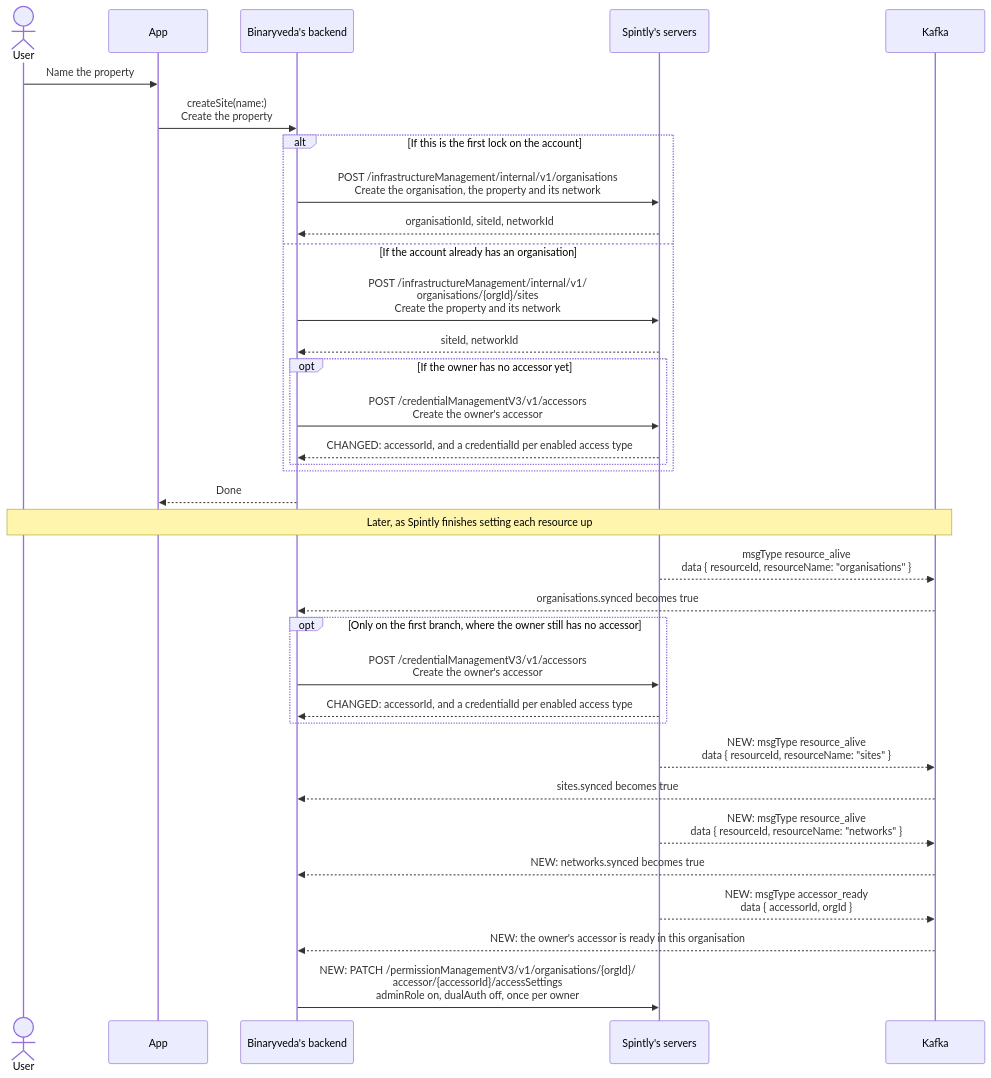
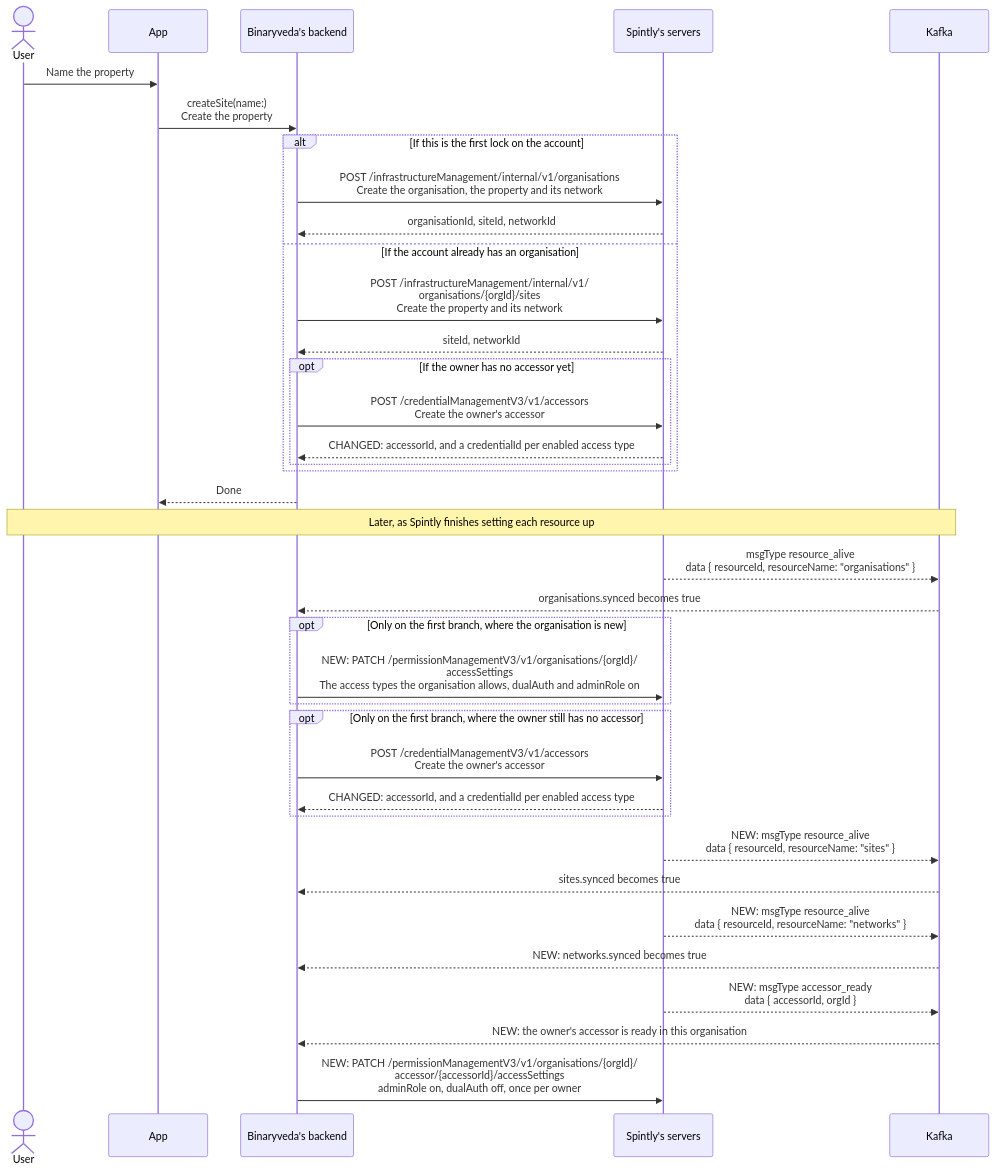
One commit to spintly-integrations-support/godrej-software-guide changed the second of 9 diagrams in docs/lock-onboarding.md. Above: the diagram before and after it, drawn with Mermaid. The commit also changed other lines of this file and 9 other files, not shown here.

````diff
--- a/docs/lock-onboarding.md
+++ b/docs/lock-onboarding.md
@@ -100,39 +100,42 @@
 ```mermaid
 sequenceDiagram
     actor U as User
     participant A as App
     participant B as Binaryveda's backend
     participant S as Spintly's servers
     participant K as Kafka
 
     U->>A: Name the property
     A->>B: createSite(name:)<br/>Create the property
 
     alt If this is the first lock on the account
         B->>S: POST /infrastructureManagement/internal/v1/organisations<br/>Create the organisation, the property and its network
         S-->>B: organisationId, siteId, networkId
     else If the account already has an organisation
         B->>S: POST /infrastructureManagement/internal/v1/<br/>organisations/{orgId}/sites<br/>Create the property and its network
         S-->>B: siteId, networkId
         opt If the owner has no accessor yet
             B->>S: POST /credentialManagementV3/v1/accessors<br/>Create the owner's accessor
             S-->>B: CHANGED: accessorId, and a credentialId per enabled access type
         end
     end
     B-->>A: Done
 
     Note over U,K: Later, as Spintly finishes setting each resource up
     S-->>K: msgType resource_alive<br/>data { resourceId, resourceName: "organisations" }
     K-->>B: organisations.synced becomes true
+    opt Only on the first branch, where the organisation is new
+        B->>S: NEW: PATCH /permissionManagementV3/v1/organisations/{orgId}/<br/>accessSettings<br/>The access types the organisation allows, dualAuth and adminRole on
+    end
     opt Only on the first branch, where the owner still has no accessor
         B->>S: POST /credentialManagementV3/v1/accessors<br/>Create the owner's accessor
         S-->>B: CHANGED: accessorId, and a credentialId per enabled access type
     end
     S-->>K: NEW: msgType resource_alive<br/>data { resourceId, resourceName: "sites" }
     K-->>B: sites.synced becomes true
     S-->>K: NEW: msgType resource_alive<br/>data { resourceId, resourceName: "networks" }
     K-->>B: NEW: networks.synced becomes true
     S-->>K: NEW: msgType accessor_ready<br/>data { accessorId, orgId }
     K-->>B: NEW: the owner's accessor is ready in this organisation
     B->>S: NEW: PATCH /permissionManagementV3/v1/organisations/{orgId}/<br/>accessor/{accessorId}/accessSettings<br/>adminRole on, dualAuth off, once per owner
 ```
````
